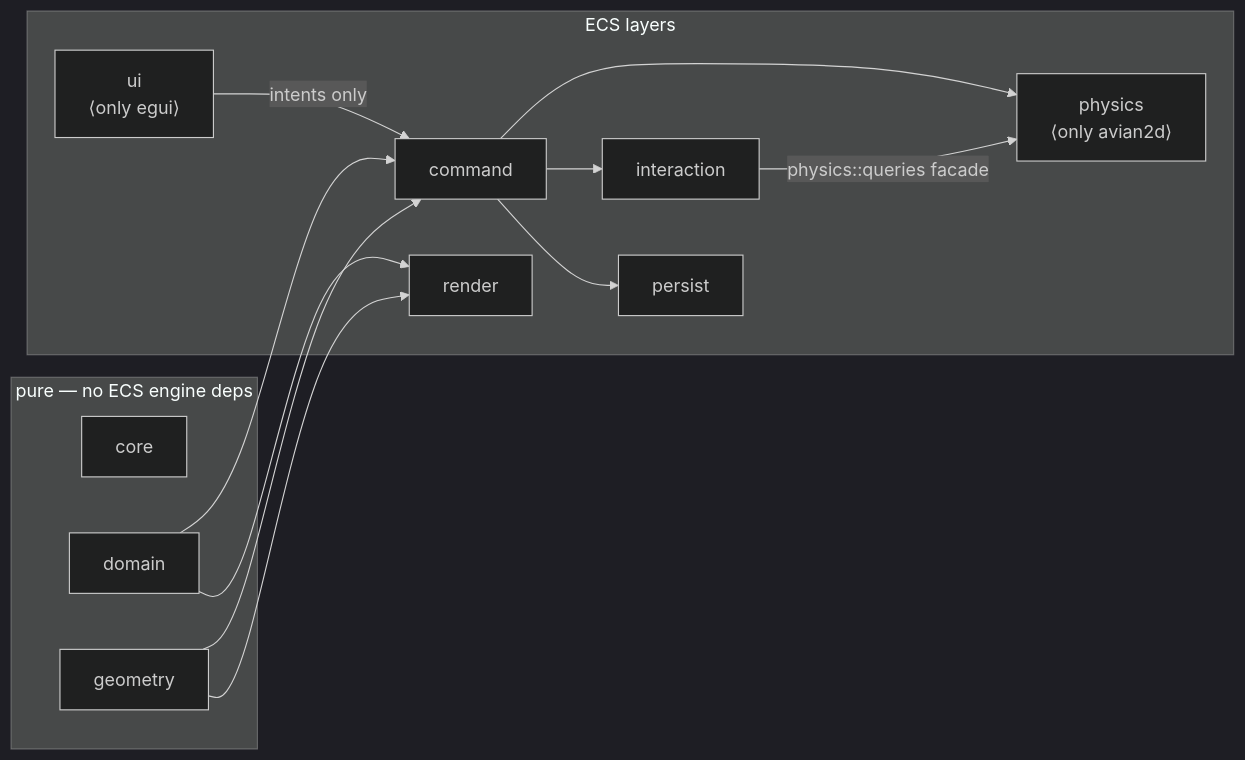
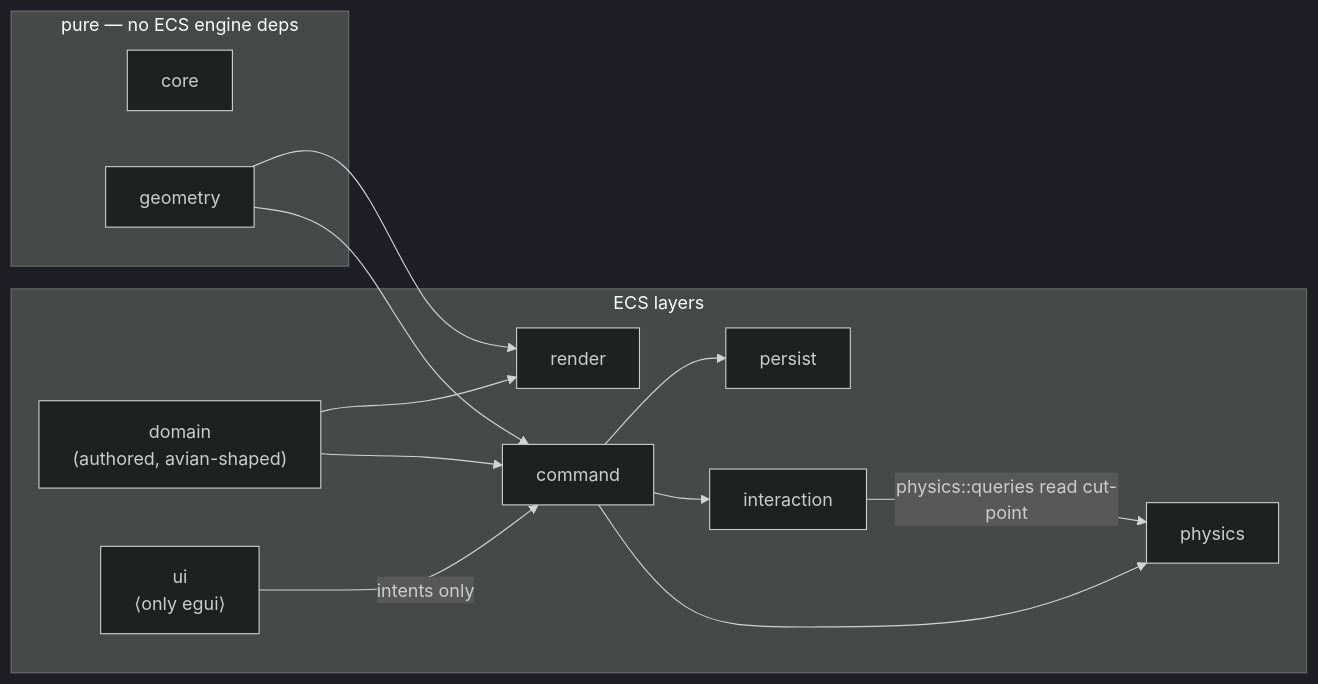
Before and after one commit to benbrandt14/Gradiance: the third of 5 diagrams in docs/architecture.md, drawn with Mermaid (dark theme). The commit also changed other lines of this file and 20 other files, not shown here.

````diff
--- a/docs/architecture.md
+++ b/docs/architecture.md
@@ -61,25 +61,25 @@
 ```mermaid
 flowchart LR
     subgraph pure["pure — no ECS engine deps"]
         core[core]
-        domain[domain]
         geometry[geometry]
     end
     subgraph app["ECS layers"]
+        domain["domain<br/>(authored, avian-shaped)"]
         command[command]
-        physics["physics<br/>⟨only avian2d⟩"]
+        physics[physics]
         interaction[interaction]
         render[render]
         ui["ui<br/>⟨only egui⟩"]
         persist[persist]
     end
     domain --> command
     geometry --> command
     command --> physics
     command --> interaction
     domain --> render
     geometry --> render
     command --> persist
-    interaction -- "physics::queries facade" --> physics
+    interaction -- "physics::queries read cut-point" --> physics
     ui -- "intents only" --> command
 ```
````
